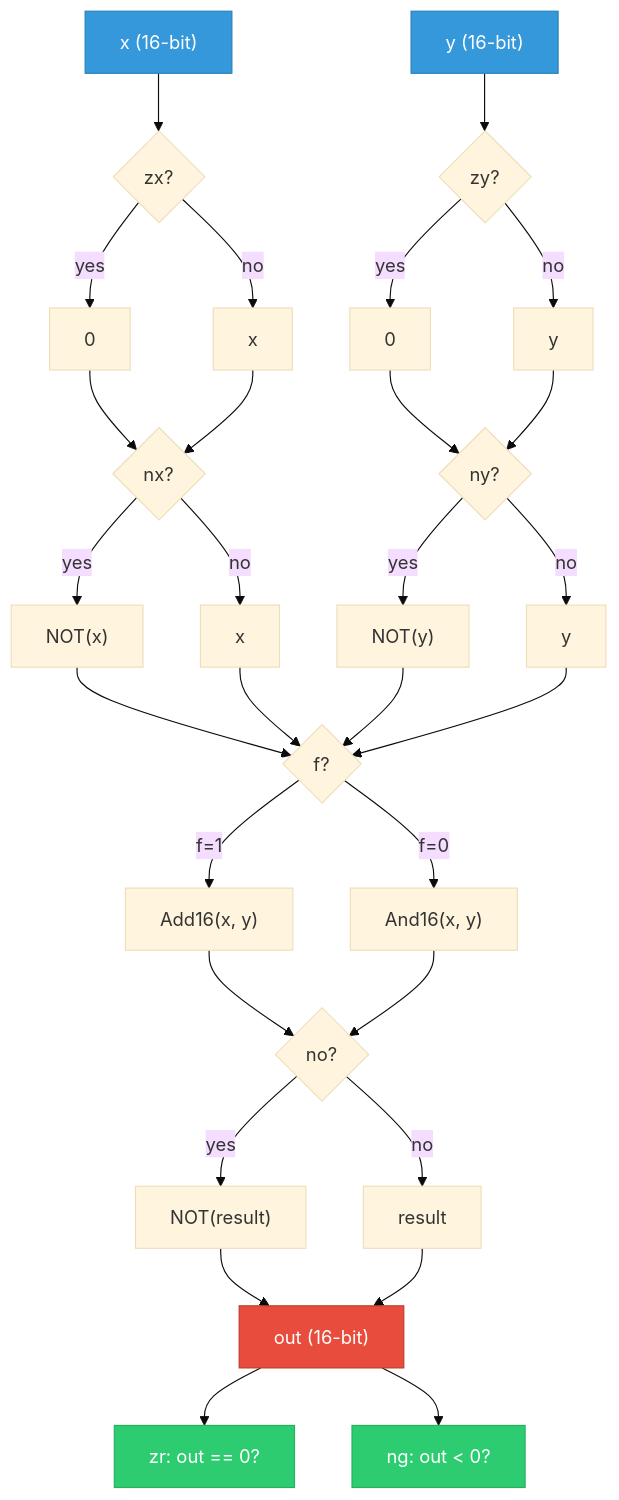
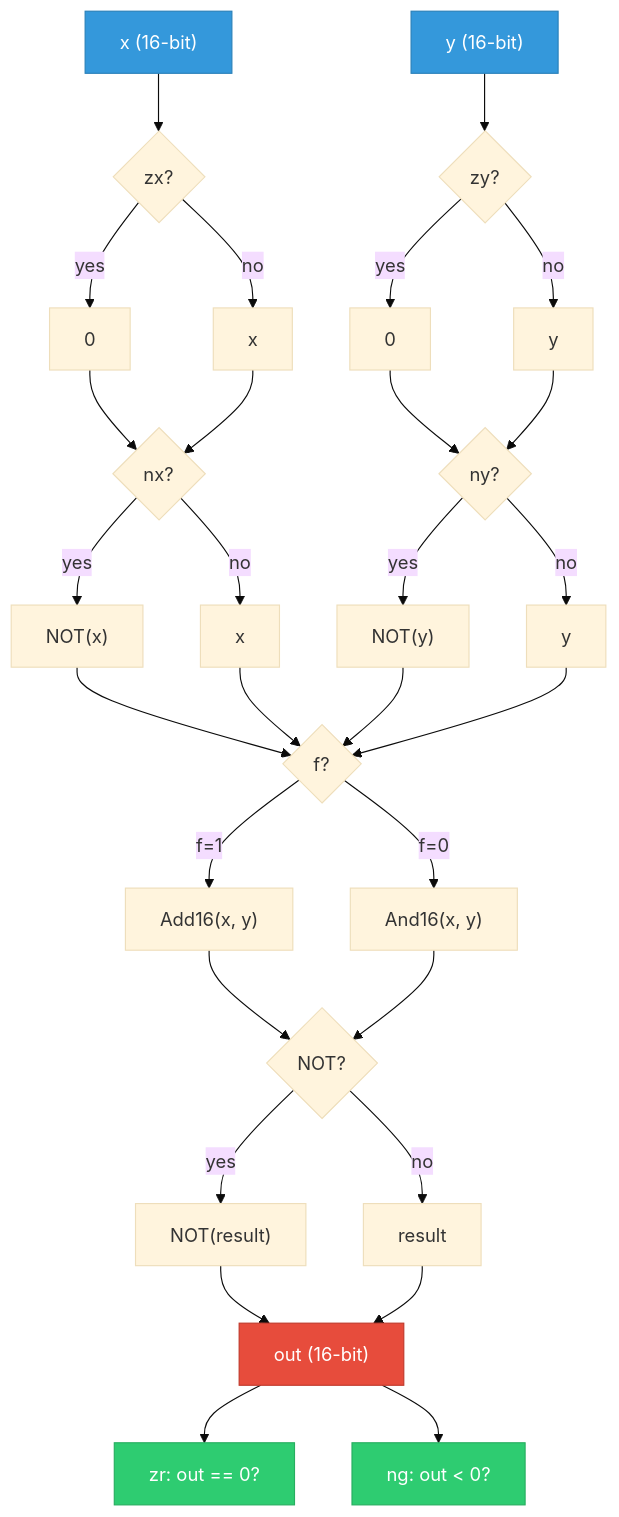
Before and after one commit to Muhammad540/Zap: the second of 5 diagrams in README.md, drawn with Mermaid (base theme).

````diff
--- a/README.md
+++ b/README.md
@@ -175,28 +175,28 @@
 ```mermaid
 flowchart TD
     X["x (16-bit)"] --> ZX{"zx?"}
     ZX -->|yes| X0["0"] --> NX{"nx?"}
     ZX -->|no| X1["x"] --> NX
     NX -->|yes| XN["NOT(x)"] --> F{"f?"}
     NX -->|no| XP["x"] --> F
 
     Y["y (16-bit)"] --> ZY{"zy?"}
     ZY -->|yes| Y0["0"] --> NY{"ny?"}
     ZY -->|no| Y1["y"] --> NY
     NY -->|yes| YN["NOT(y)"] --> F
     NY -->|no| YP["y"] --> F
 
-    F -->|"f=1"| ADD["Add16(x, y)"] --> NO{"no?"}
+    F -->|"f=1"| ADD["Add16(x, y)"] --> NO{"NOT?"}
     F -->|"f=0"| AND["And16(x, y)"] --> NO
     NO -->|yes| OUT1["NOT(result)"] --> RESULT["out (16-bit)"]
     NO -->|no| OUT2["result"] --> RESULT
 
     RESULT --> ZR["zr: out == 0?"]
     RESULT --> NG["ng: out < 0?"]
 
     style X fill:#3498db,color:#fff,stroke:#2980b9
     style Y fill:#3498db,color:#fff,stroke:#2980b9
     style RESULT fill:#e74c3c,color:#fff,stroke:#c0392b
     style ZR fill:#2ecc71,color:#fff,stroke:#27ae60
     style NG fill:#2ecc71,color:#fff,stroke:#27ae60
 ```
````
